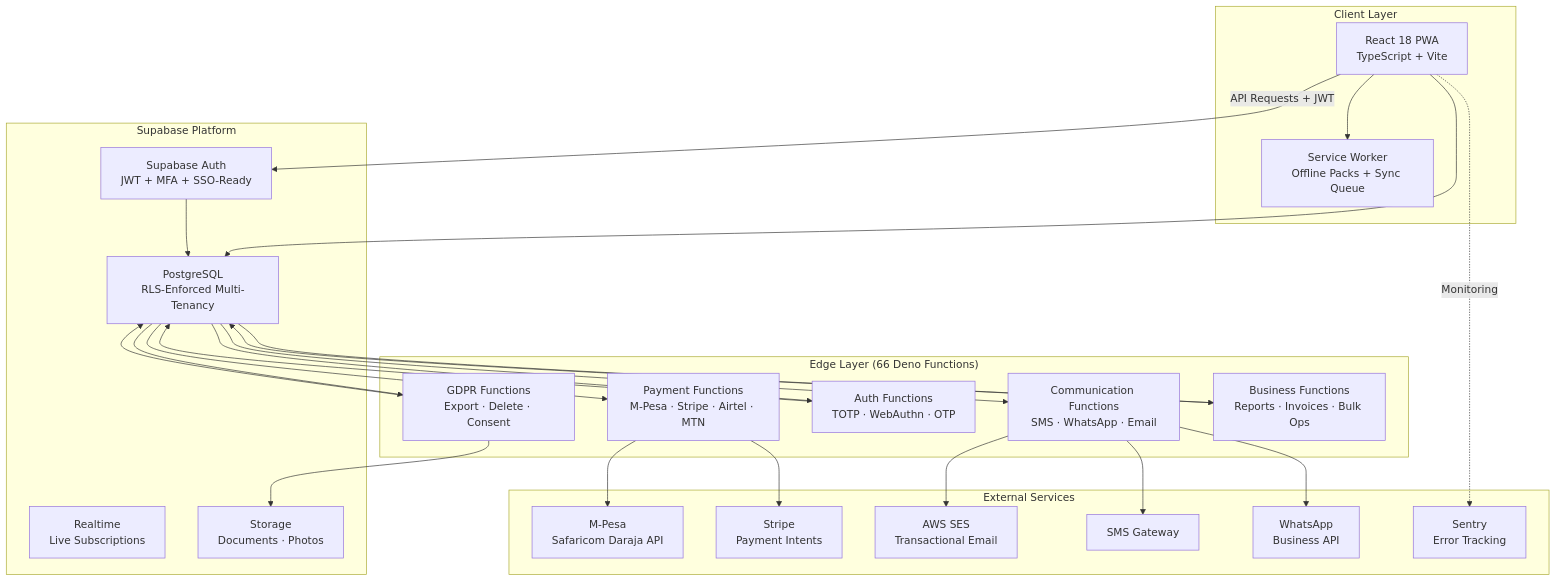
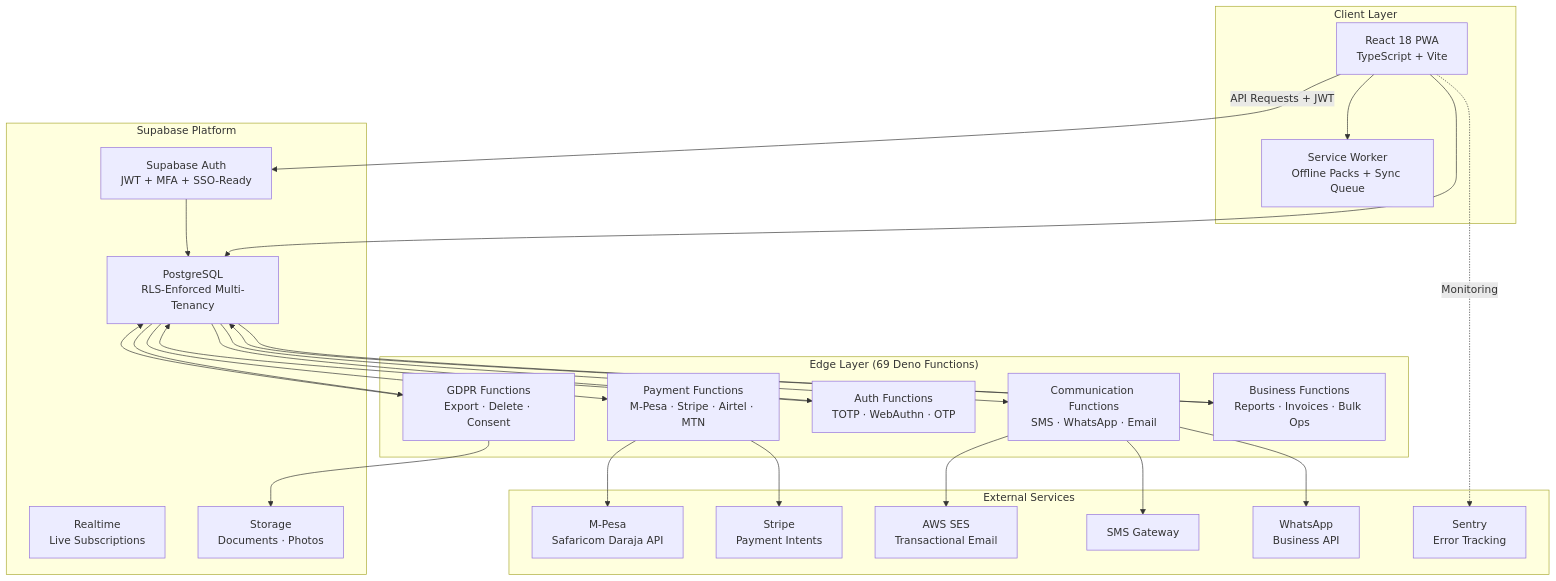
Before and after one commit to MILTONADINA/Private-Projects-Portfolio-Showcase: the first of 5 diagrams in BrightPath/README.md, drawn with Mermaid. The commit also changed other lines of this file and 12 other files, not shown here.

Commit message:
Masterpiece polish: re-verify all metrics 2026-05-29 (BrightPath 403 tables/1063 RLS, Flourish 1278 tests/25 workspaces, Light Routines 354), fresh test PNGs, mermaid charts, corrected root index + Security-Patterns + inventories

````diff
--- a/BrightPath/README.md
+++ b/BrightPath/README.md
@@ -64,46 +64,46 @@
 ```mermaid
 graph TB
     subgraph Client["Client Layer"]
         PWA["React 18 PWA<br/>TypeScript + Vite"]
         SW["Service Worker<br/>Offline Packs + Sync Queue"]
     end
 
-    subgraph Edge["Edge Layer (66 Deno Functions)"]
+    subgraph Edge["Edge Layer (69 Deno Functions)"]
         PayFn["Payment Functions<br/>M-Pesa · Stripe · Airtel · MTN"]
         CommFn["Communication Functions<br/>SMS · WhatsApp · Email"]
         AuthFn["Auth Functions<br/>TOTP · WebAuthn · OTP"]
         GDPRFn["GDPR Functions<br/>Export · Delete · Consent"]
         BizFn["Business Functions<br/>Reports · Invoices · Bulk Ops"]
     end
 
     subgraph Supabase["Supabase Platform"]
         Auth["Supabase Auth<br/>JWT + MFA + SSO-Ready"]
         DB["PostgreSQL<br/>RLS-Enforced Multi-Tenancy"]
         RT["Realtime<br/>Live Subscriptions"]
         Storage["Storage<br/>Documents · Photos"]
     end
 
     subgraph External["External Services"]
         MPesa["M-Pesa<br/>Safaricom Daraja API"]
         StripeAPI["Stripe<br/>Payment Intents"]
         SES["AWS SES<br/>Transactional Email"]
         SMSGw["SMS Gateway"]
         WA["WhatsApp<br/>Business API"]
         Sentry["Sentry<br/>Error Tracking"]
     end
 
     PWA -->|"API Requests + JWT"| Auth
     PWA --> SW
     PWA --> DB
     Auth --> DB
 
     DB --> PayFn & CommFn & AuthFn & GDPRFn & BizFn
 
     PayFn --> MPesa & StripeAPI
     CommFn --> SES & SMSGw & WA
     AuthFn --> DB
     GDPRFn --> DB & Storage
     BizFn --> DB
 
     PWA -.->|"Monitoring"| Sentry
 ```
````
